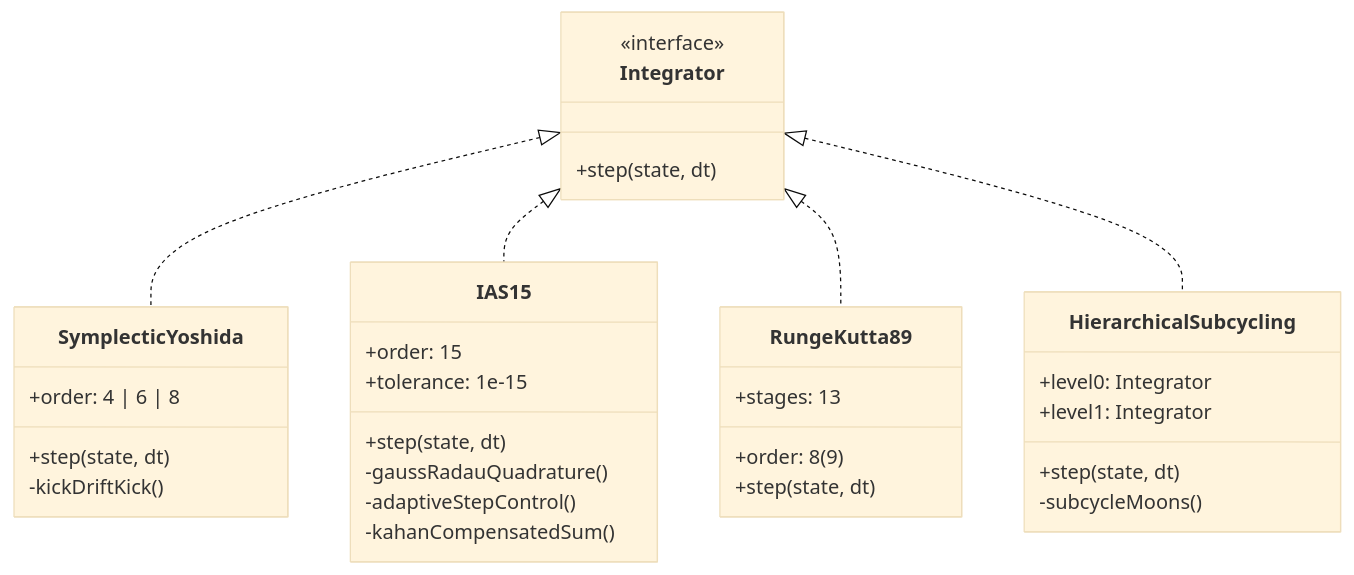
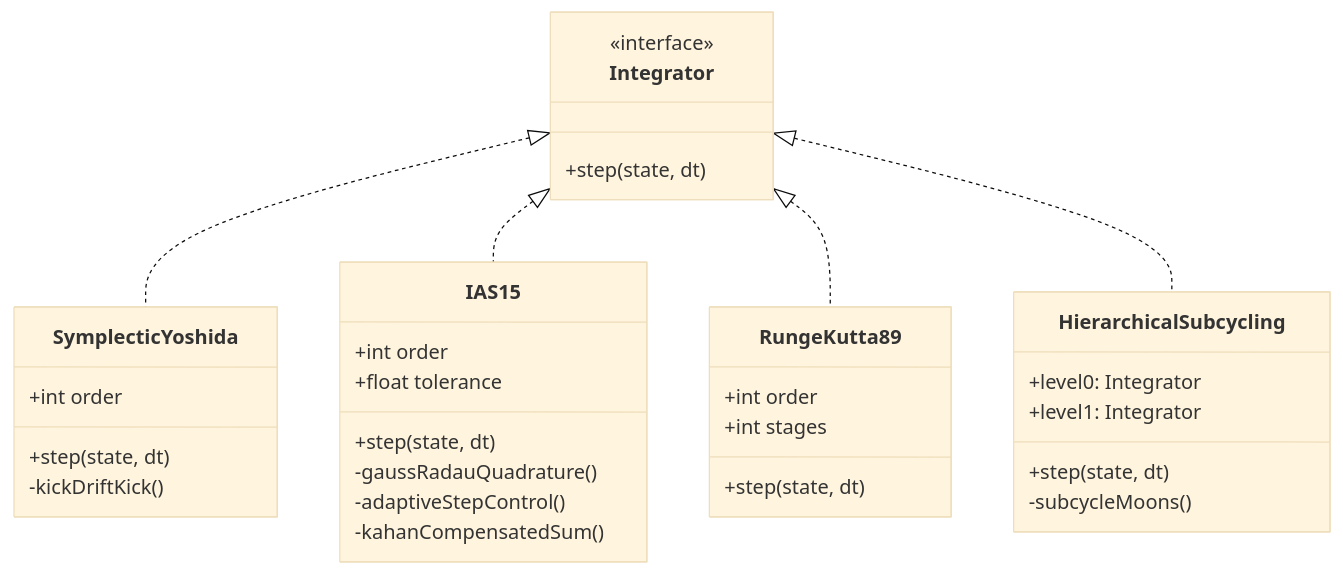
The second of 4 diagrams in README.md (Destroyer-official/ASTRION), drawn with Mermaid (base theme) before and after one commit. The commit also changed other lines of this file, not shown here.

Commit message:
fix(docs): resolve Mermaid syntax error and LaTeX proper time formatting in README

````diff
--- a/README.md
+++ b/README.md
@@ -190,36 +197,36 @@
 ```mermaid
 classDiagram
     class Integrator {
         <<interface>>
         +step(state, dt)
     }
     class SymplecticYoshida {
-        +order: 4 | 6 | 8
+        +int order
         +step(state, dt)
         -kickDriftKick()
     }
     class IAS15 {
-        +order: 15
-        +tolerance: 1e-15
+        +int order
+        +float tolerance
         +step(state, dt)
         -gaussRadauQuadrature()
         -adaptiveStepControl()
         -kahanCompensatedSum()
     }
     class RungeKutta89 {
-        +order: 8(9)
-        +stages: 13
+        +int order
+        +int stages
         +step(state, dt)
     }
     class HierarchicalSubcycling {
         +level0: Integrator
         +level1: Integrator
         +step(state, dt)
         -subcycleMoons()
     }
 
     Integrator <|.. SymplecticYoshida
     Integrator <|.. IAS15
     Integrator <|.. RungeKutta89
     Integrator <|.. HierarchicalSubcycling
 ```
````
